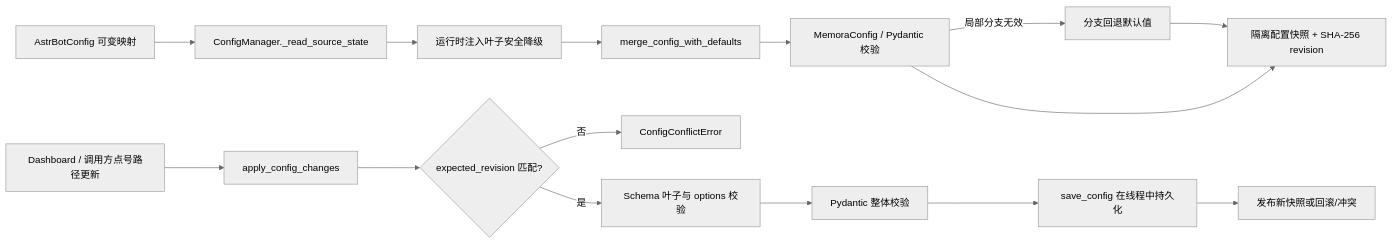
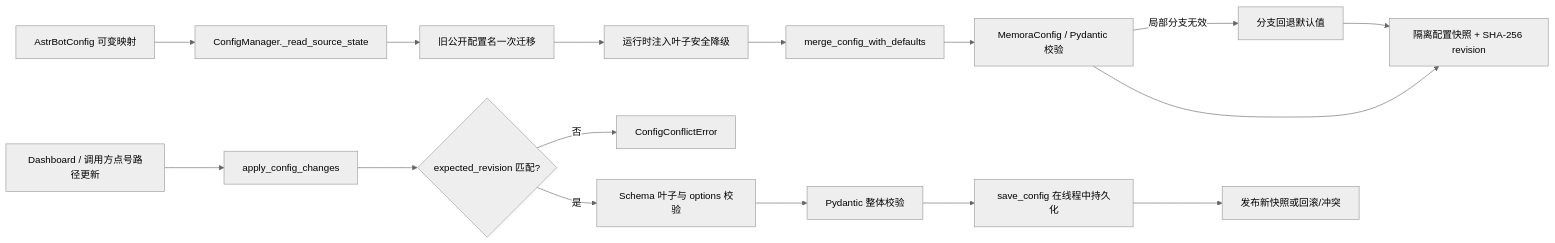
One commit to INSide-734/astrbot_plugin_memora changed the diagram in core/base/AGENTS.md. Above: the diagram before and after it, drawn with Mermaid (neutral theme). The commit also changed other lines of this file and 22 other files, not shown here.

````diff
--- a/core/base/AGENTS.md
+++ b/core/base/AGENTS.md
@@ -23,17 +23,18 @@
 ```mermaid
 flowchart LR
     A[AstrBotConfig 可变映射] --> B[ConfigManager._read_source_state]
-    B --> C[运行时注入叶子安全降级]
-    C --> D[merge_config_with_defaults]
-    D --> E[MemoraConfig / Pydantic 校验]
-    E -->|局部分支无效| F[分支回退默认值]
-    F --> G[隔离配置快照 + SHA-256 revision]
-    E --> G
-    H[Dashboard / 调用方点号路径更新] --> I[apply_config_changes]
-    I --> J{expected_revision 匹配?}
-    J -->|否| K[ConfigConflictError]
-    J -->|是| L[Schema 叶子与 options 校验]
-    L --> M[Pydantic 整体校验]
-    M --> N[save_config 在线程中持久化]
-    N --> O[发布新快照或回滚/冲突]
+    B --> C[旧公开配置名一次迁移]
+    C --> D[运行时注入叶子安全降级]
+    D --> E[merge_config_with_defaults]
+    E --> F[MemoraConfig / Pydantic 校验]
+    F -->|局部分支无效| G[分支回退默认值]
+    G --> H[隔离配置快照 + SHA-256 revision]
+    F --> H
+    I[Dashboard / 调用方点号路径更新] --> J[apply_config_changes]
+    J --> K{expected_revision 匹配?}
+    K -->|否| L[ConfigConflictError]
+    K -->|是| M[Schema 叶子与 options 校验]
+    M --> N[Pydantic 整体校验]
+    N --> O[save_config 在线程中持久化]
+    O --> P[发布新快照或回滚/冲突]
 ```
````
